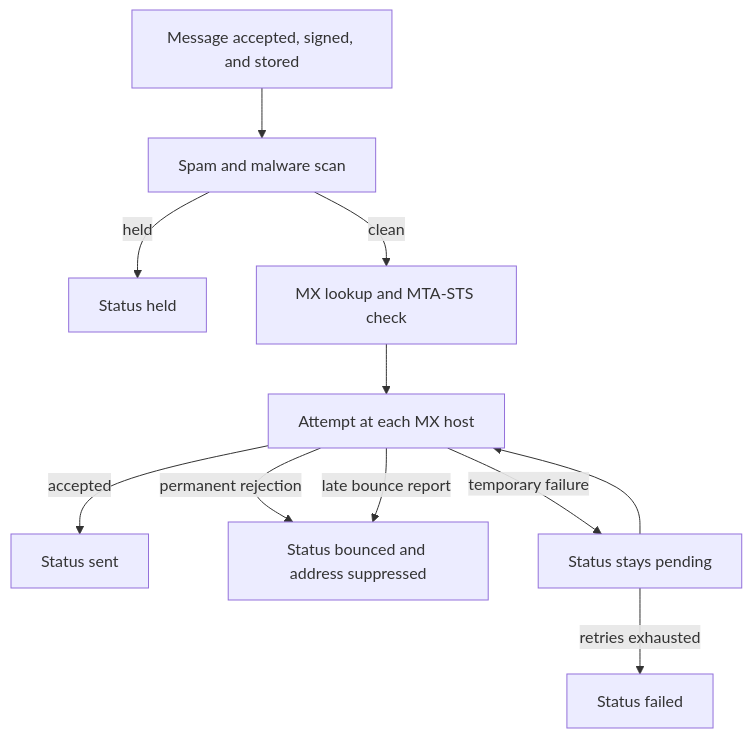
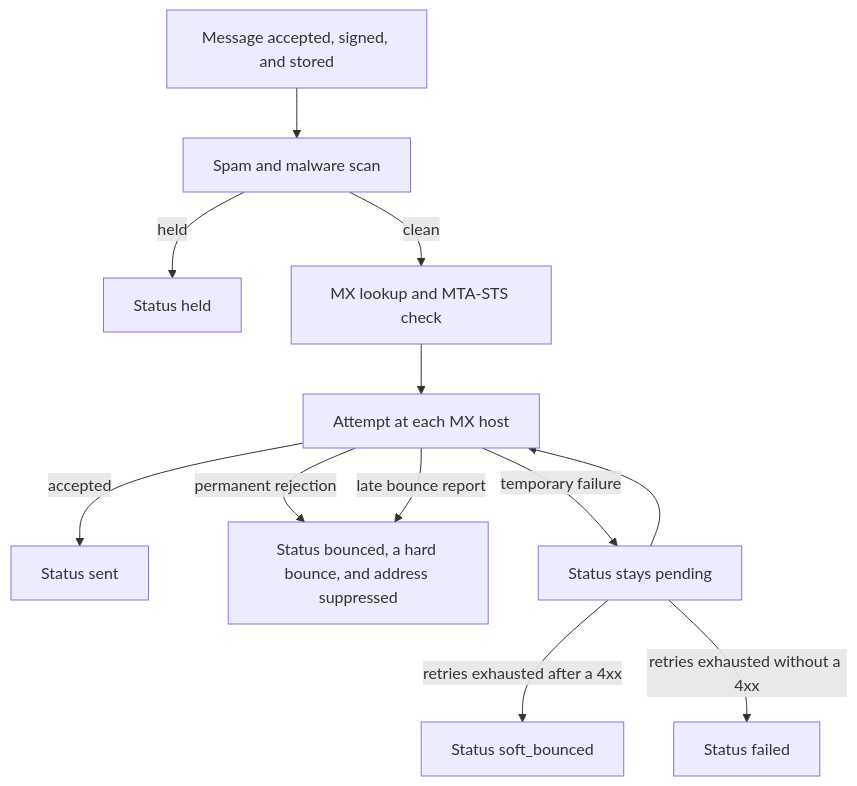
Before and after one commit to relays-to/relay: the diagram in docs/docs/deliverability.md, drawn with Mermaid. The commit also changed other lines of this file and 15 other files, not shown here.

First line of the commit message:
Distinguish soft and hard bounces in failed sends (#690)

````diff
--- a/docs/docs/deliverability.md
+++ b/docs/docs/deliverability.md
@@ -90,13 +91,14 @@
 ```mermaid
 flowchart TD
     A[Message accepted, signed, and stored] --> B[Spam and malware scan]
     B -- held --> C[Status held]
     B -- clean --> E[MX lookup and MTA-STS check]
     E --> F[Attempt at each MX host]
     F -- accepted --> G[Status sent]
-    F -- permanent rejection --> H[Status bounced and address suppressed]
+    F -- permanent rejection --> H[Status bounced, a hard bounce, and address suppressed]
     F -- temporary failure --> I[Status stays pending]
     I --> F
-    I -- retries exhausted --> J[Status failed]
+    I -- retries exhausted after a 4xx --> J[Status soft_bounced]
+    I -- retries exhausted without a 4xx --> K[Status failed]
     F -- late bounce report --> H
 ```
````
